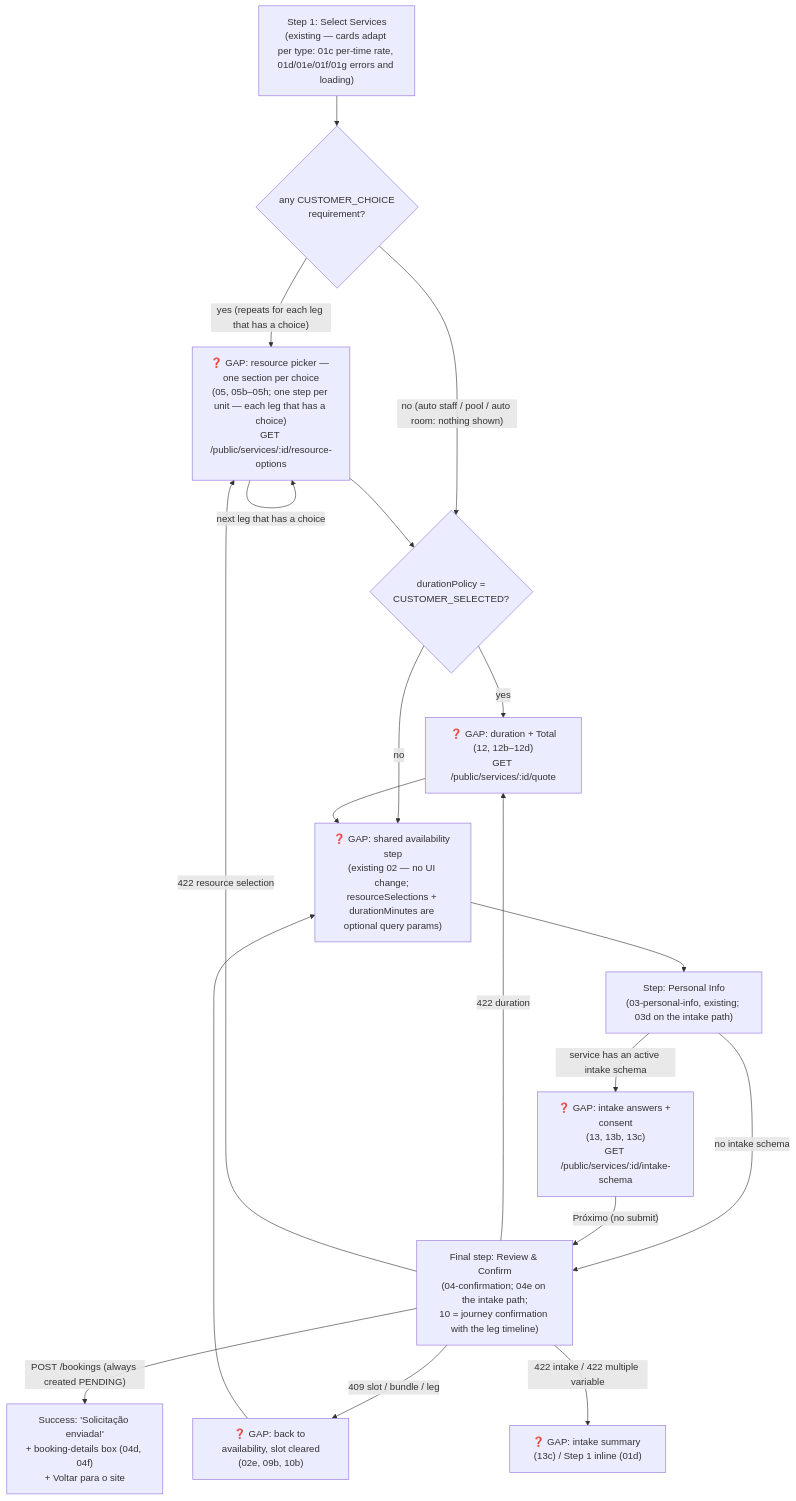
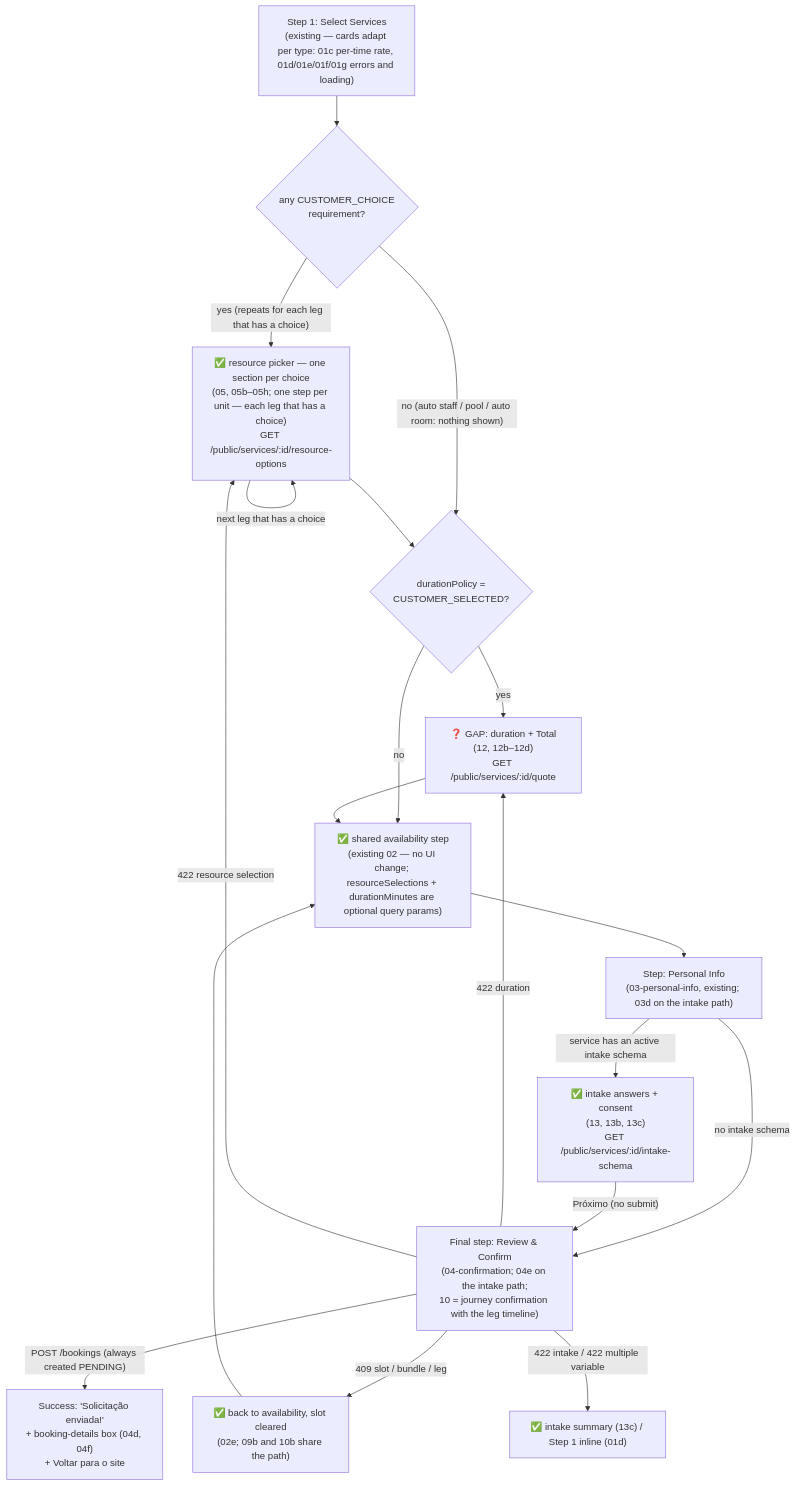
Before and after one commit to lmmoreira/ikaro: the second of 2 diagrams in plan/journey/guest/book-a-service.md, drawn with Mermaid. The commit also changed other lines of this file and 81 other files, not shown here.

First line of the commit message:
feat(booking): step engine, intake step, resource picker and booking-details box (M23-S11a) (#548)

````diff
--- a/plan/journey/guest/book-a-service.md
+++ b/plan/journey/guest/book-a-service.md
@@ -59,24 +59,24 @@
 ```mermaid
 flowchart TD
     classDef gap stroke:#f00,stroke-dasharray: 5 5,fill:#fee
 
     S1b["Step 1: Select Services<br/>(existing — cards adapt per type: 01c per-time rate, 01d/01e/01f/01g errors and loading)"] --> HasChoice{"any CUSTOMER_CHOICE<br/>requirement?"}
-    HasChoice -- "yes (repeats for each leg that has a choice)" --> Picker["❓ GAP: resource picker — one section per choice<br/>(05, 05b–05h; one step per unit — each leg that has a choice)<br/>GET /public/services/:id/resource-options"]
+    HasChoice -- "yes (repeats for each leg that has a choice)" --> Picker["✅ resource picker — one section per choice<br/>(05, 05b–05h; one step per unit — each leg that has a choice)<br/>GET /public/services/:id/resource-options"]
     HasChoice -- "no (auto staff / pool / auto room: nothing shown)" --> HasDuration
     Picker -->|"next leg that has a choice"| Picker
     Picker --> HasDuration{"durationPolicy =<br/>CUSTOMER_SELECTED?"}
     HasDuration -- "yes" --> Duration["❓ GAP: duration + Total<br/>(12, 12b–12d)<br/>GET /public/services/:id/quote"]
     HasDuration -- "no" --> Availability
-    Duration --> Availability["❓ GAP: shared availability step<br/>(existing 02 — no UI change; resourceSelections + durationMinutes are optional query params)"]
+    Duration --> Availability["✅ shared availability step<br/>(existing 02 — no UI change; resourceSelections + durationMinutes are optional query params)"]
 
     Availability --> S3m["Step: Personal Info<br/>(03-personal-info, existing; 03d on the intake path)"]
-    S3m -->|"service has an active intake schema"| Intake["❓ GAP: intake answers + consent<br/>(13, 13b, 13c)<br/>GET /public/services/:id/intake-schema"]
+    S3m -->|"service has an active intake schema"| Intake["✅ intake answers + consent<br/>(13, 13b, 13c)<br/>GET /public/services/:id/intake-schema"]
     S3m -->|"no intake schema"| Confirm
     Intake -->|"Próximo (no submit)"| Confirm["Final step: Review & Confirm<br/>(04-confirmation; 04e on the intake path;<br/>10 = journey confirmation with the leg timeline)"]
     Confirm -->|"POST /bookings (always created PENDING)"| Done["Success: 'Solicitação enviada!'<br/>+ booking-details box (04d, 04f)<br/>+ Voltar para o site"]
-    Confirm -->|"409 slot / bundle / leg"| BackAvail["❓ GAP: back to availability, slot cleared<br/>(02e, 09b, 10b)"]
+    Confirm -->|"409 slot / bundle / leg"| BackAvail["✅ back to availability, slot cleared<br/>(02e; 09b and 10b share the path)"]
     Confirm -->|"422 duration"| Duration
     Confirm -->|"422 resource selection"| Picker
-    Confirm -->|"422 intake / 422 multiple variable"| Errors["❓ GAP: intake summary (13c) / Step 1 inline (01d)"]
+    Confirm -->|"422 intake / 422 multiple variable"| Errors["✅ intake summary (13c) / Step 1 inline (01d)"]
     BackAvail --> Availability
 ```
````
